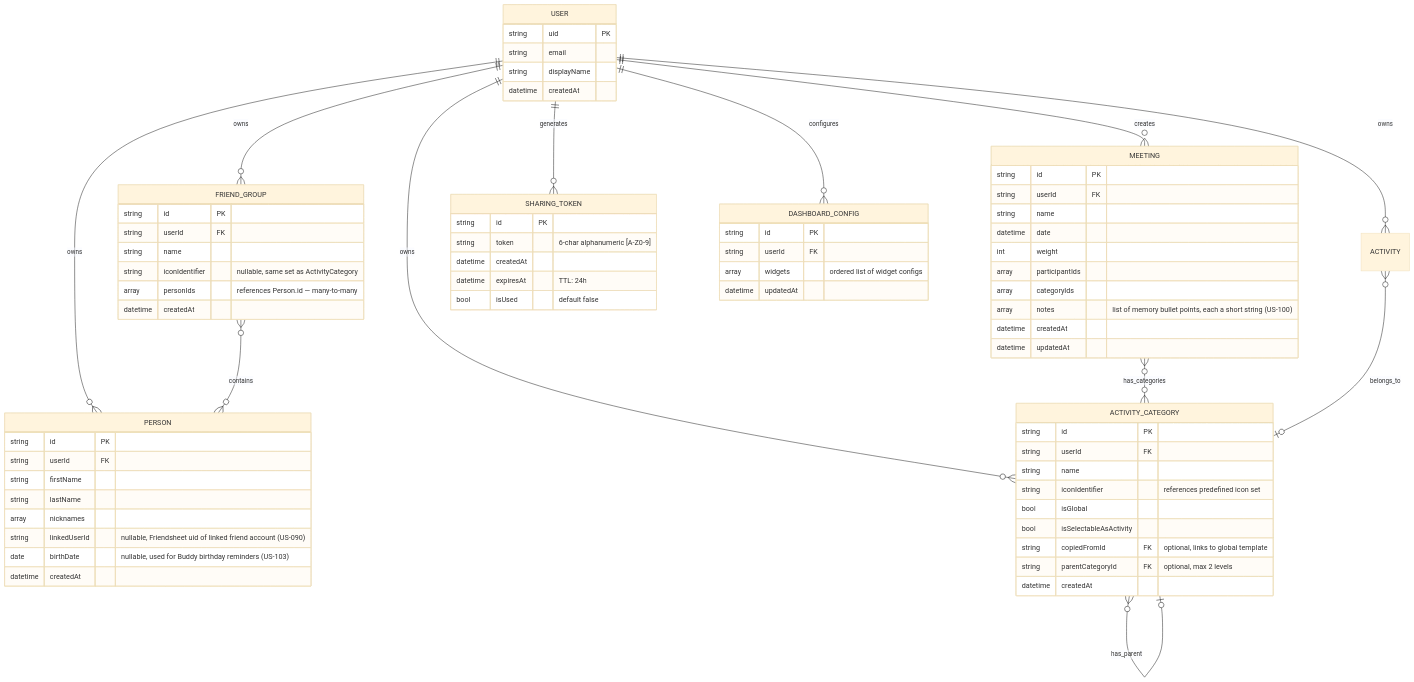
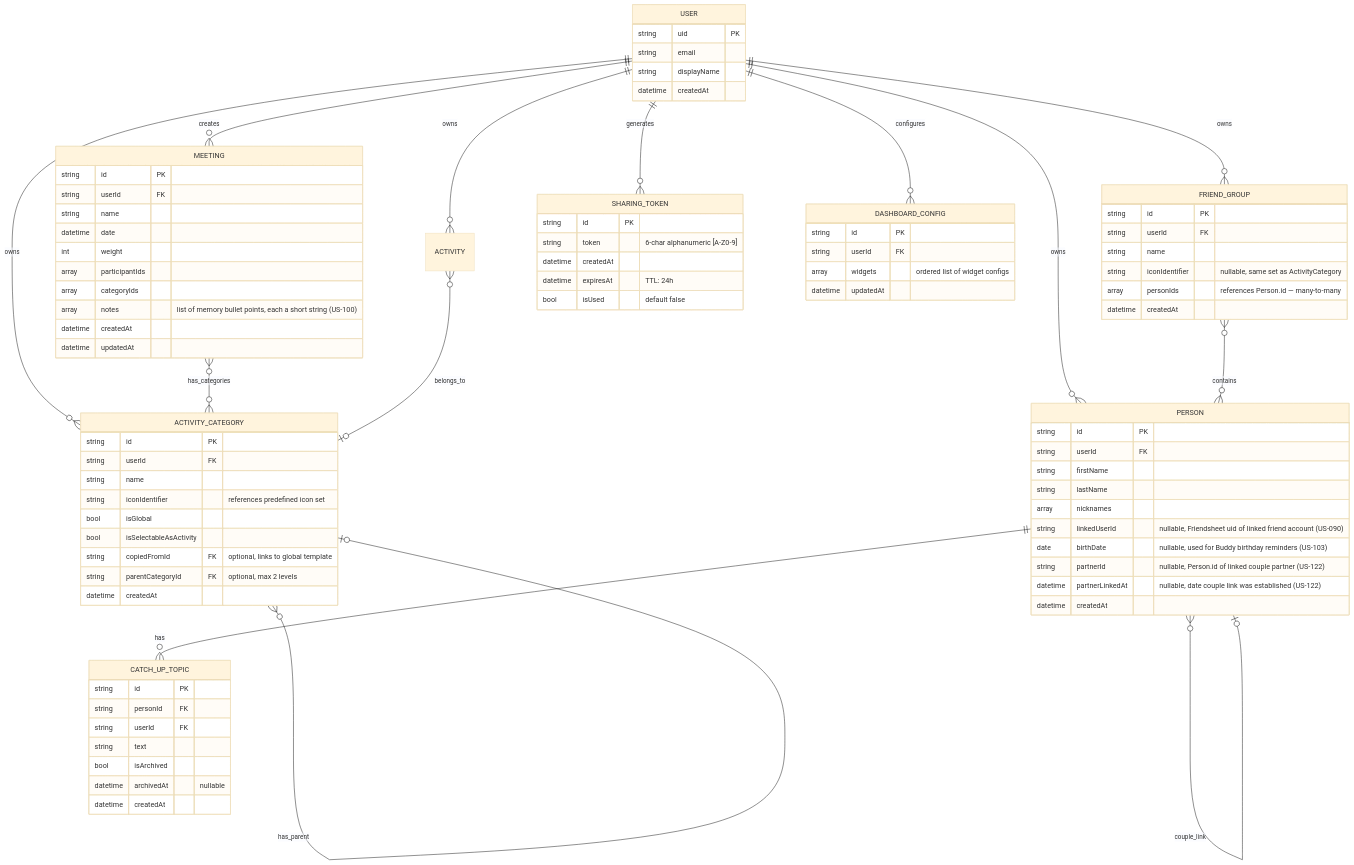
The second of 5 diagrams in docs/architecture.md (aleksanderginalski/Friendsheet-App), drawn with Mermaid (base theme) before and after one commit. The commit also changed other lines of this file and 3 other files, not shown here.

Commit message:
docs: discovery session — EPIC-010 Catch-up Topics, Couple Link & Friends-Quest (US-120–127)

```diff
--- a/docs/architecture.md
+++ b/docs/architecture.md
@@ -61,6 +61,8 @@
     ACTIVITY }o--o| ACTIVITY_CATEGORY : belongs_to
     ACTIVITY_CATEGORY }o--o| ACTIVITY_CATEGORY : has_parent
     FRIEND_GROUP }o--o{ PERSON : contains
+    PERSON ||--o{ CATCH_UP_TOPIC : has
+    PERSON }o--o| PERSON : couple_link
 
     USER {
         string uid PK
@@ -90,6 +92,18 @@
         array nicknames
         string linkedUserId "nullable, Friendsheet uid of linked friend account (US-090)"
         date birthDate "nullable, used for Buddy birthday reminders (US-103)"
+        string partnerId "nullable, Person.id of linked couple partner (US-122)"
+        datetime partnerLinkedAt "nullable, date couple link was established (US-122)"
+        datetime createdAt
+    }
+
+    CATCH_UP_TOPIC {
+        string id PK
+        string personId FK
+        string userId FK
+        string text
+        bool isArchived
+        datetime archivedAt "nullable"
         datetime createdAt
     }
     
```
